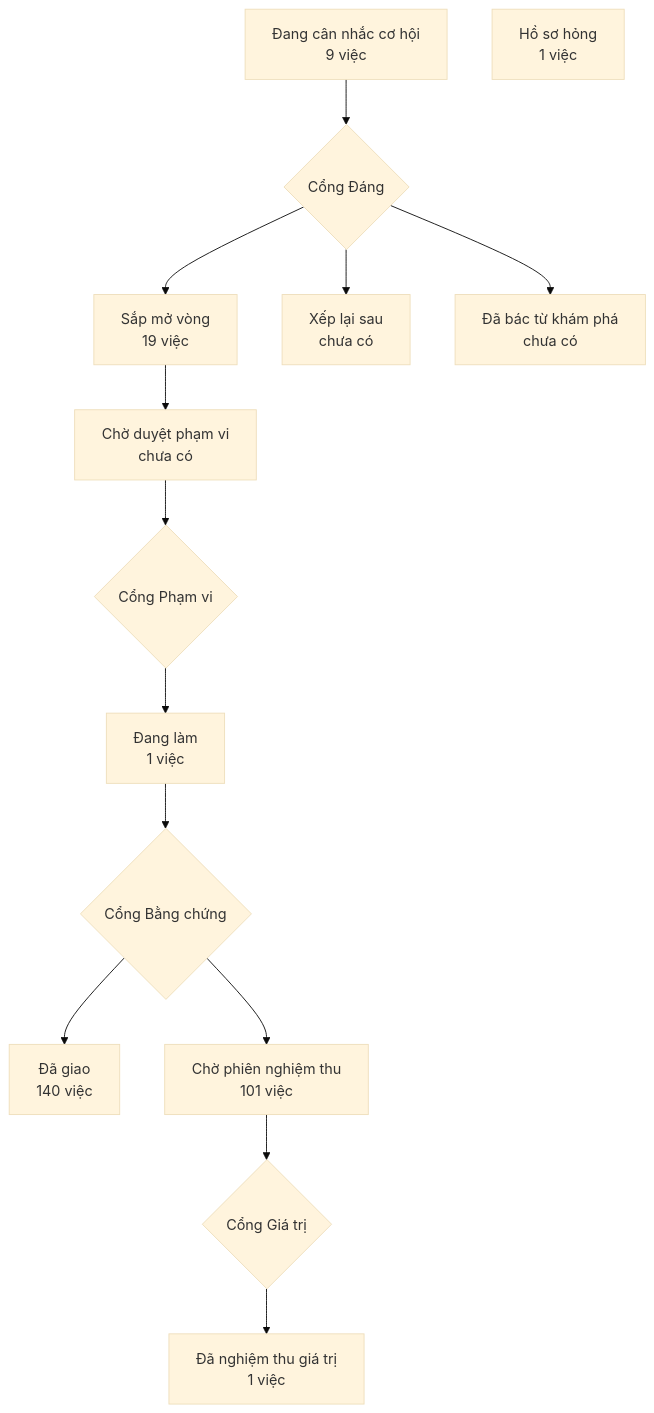
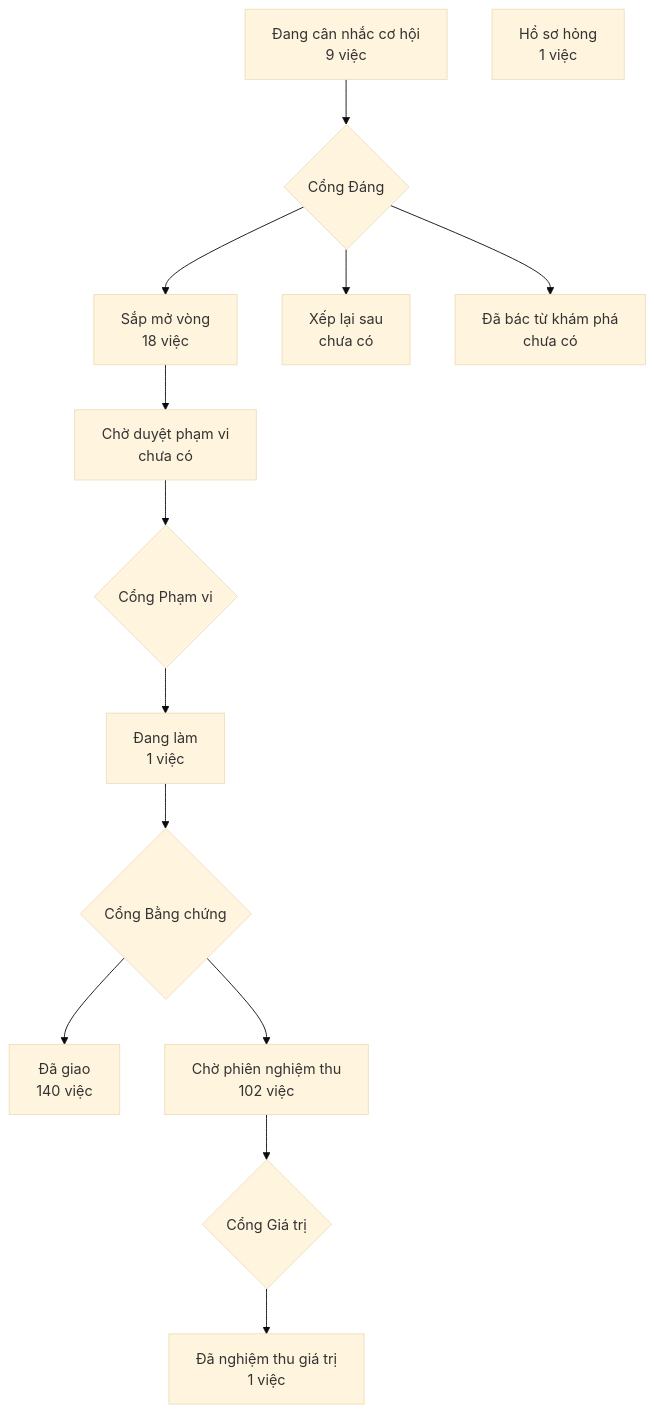
One commit to phanlemanh/crm-onehub changed the diagram in PRODUCT-MAP.md. Above: the diagram before and after it, drawn with Mermaid (base theme). The commit also changed 1 other file, not shown here.

Commit message:
chore: vẽ lại bản đồ sản phẩm trên bản sạch sau ghim lại trước gộp của kara-mot-ten

````diff
--- a/PRODUCT-MAP.md
+++ b/PRODUCT-MAP.md
@@ -7,13 +7,13 @@
 ```mermaid
 flowchart TD
   A["Đang cân nhắc cơ hội<br/>9 việc"] --> GD{"Cổng Đáng"}
-  GD --> B["Sắp mở vòng<br/>19 việc"]
+  GD --> B["Sắp mở vòng<br/>18 việc"]
   GD --> XL["Xếp lại sau<br/>chưa có"]
   GD --> DB["Đã bác từ khám phá<br/>chưa có"]
   B --> CD["Chờ duyệt phạm vi<br/>chưa có"] --> GP{"Cổng Phạm vi"}
   GP --> DL["Đang làm<br/>1 việc"] --> GB{"Cổng Bằng chứng"}
   GB --> DG["Đã giao<br/>140 việc"]
-  GB --> CN["Chờ phiên nghiệm thu<br/>101 việc"] --> GG{"Cổng Giá trị"}
+  GB --> CN["Chờ phiên nghiệm thu<br/>102 việc"] --> GG{"Cổng Giá trị"}
   GG --> NT["Đã nghiệm thu giá trị<br/>1 việc"]
   HS["Hồ sơ hỏng<br/>1 việc"]
 ```
````
